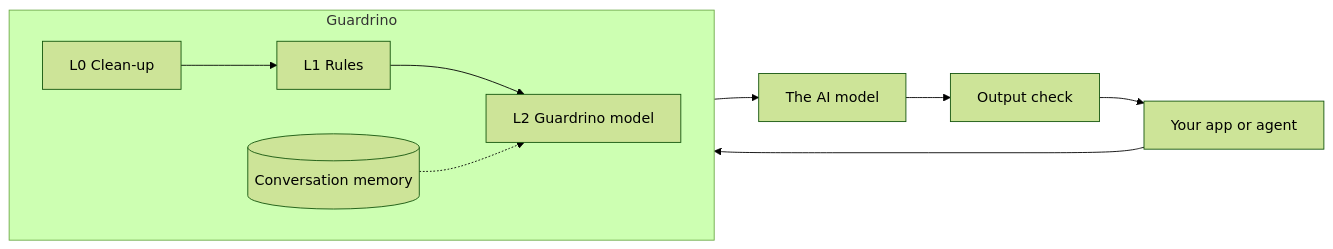
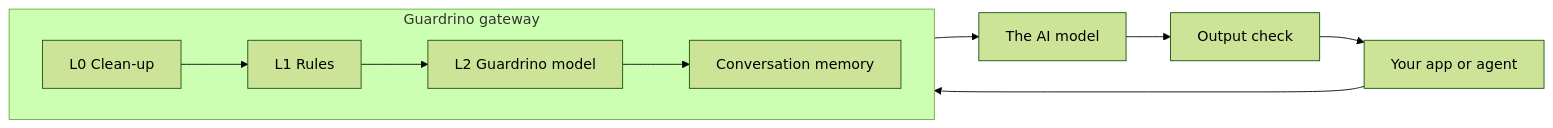
One commit to HisnLabs/Guardrino changed the diagram in README.md. Above: the diagram before and after it, drawn with Mermaid (forest theme). The commit also changed other lines of this file, not shown here.

Commit message:
README: complete LiteLLM config in the quick start; conversation memory shown as its own layer

````diff
--- a/README.md
+++ b/README.md
@@ -34,12 +34,11 @@
 ```mermaid
 flowchart LR
     A[Your app or agent] --> L0
-    subgraph G[Guardrino]
+    subgraph G[Guardrino gateway]
       direction LR
-      L0[L0 Clean-up] --> L1[L1 Rules] --> L2[L2 Guardrino model]
-      M[(Conversation memory)] -.-> L2
+      L0[L0 Clean-up] --> L1[L1 Rules] --> L2[L2 Guardrino model] --> CM[Conversation memory]
     end
-    L2 --> LLM[The AI model]
+    CM --> LLM[The AI model]
     LLM --> O[Output check]
     O --> A
 ```
````
